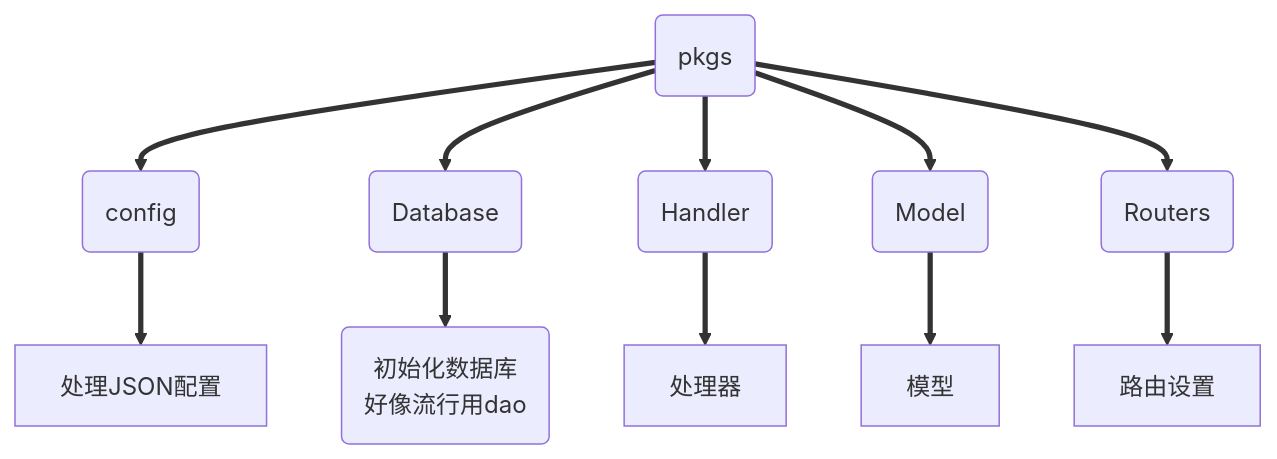
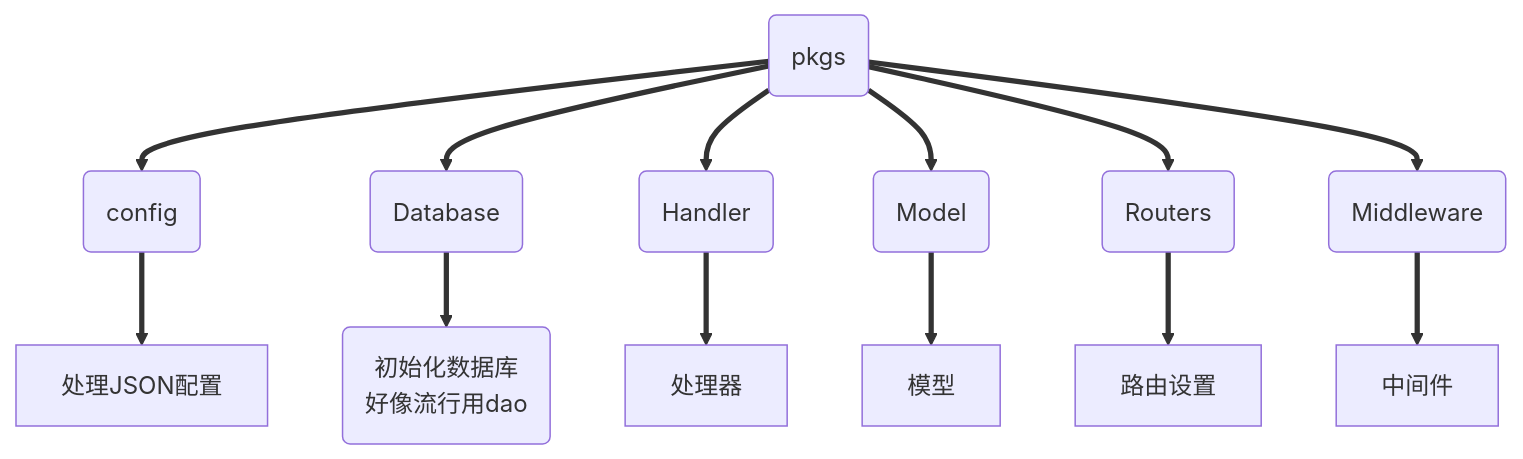
Before and after one commit to kip234/MessageBoard: the second of 2 diagrams in readme.md, drawn with Mermaid. The commit also changed other lines of this file and 13 other files, not shown here.

````diff
--- a/readme.md
+++ b/readme.md
@@ -67,9 +69,10 @@
 ```mermaid
 graph TD
 all(pkgs)
 all==>pkg1(config)==>处理JSON配置
 all==>pkg2(Database)==>1(初始化数据库<br>好像流行用dao)
 all==>pkg3(Handler)==>处理器
 all==>pkg4(Model)==>模型
 all==>pkg5(Routers)==>路由设置
+all==>pkg6(Middleware)==>中间件
 ```
````
